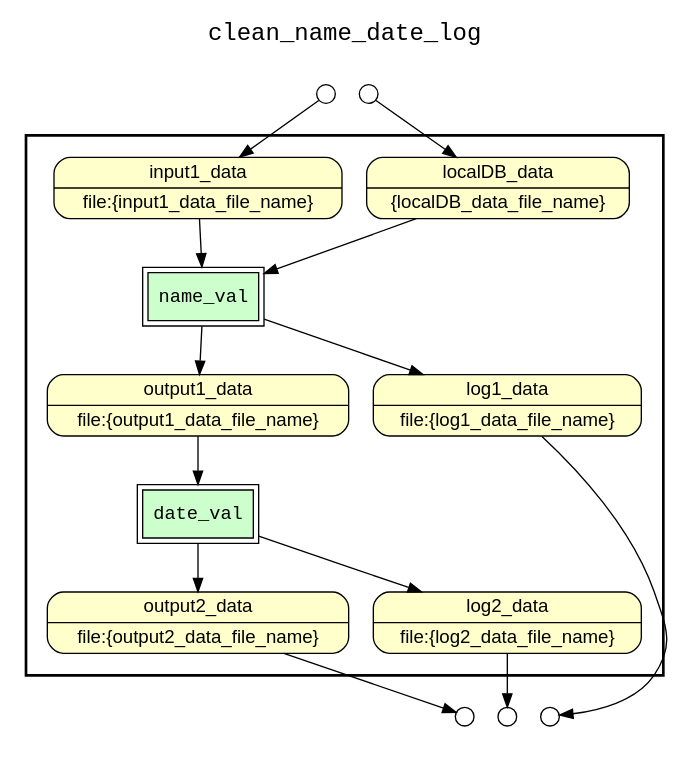
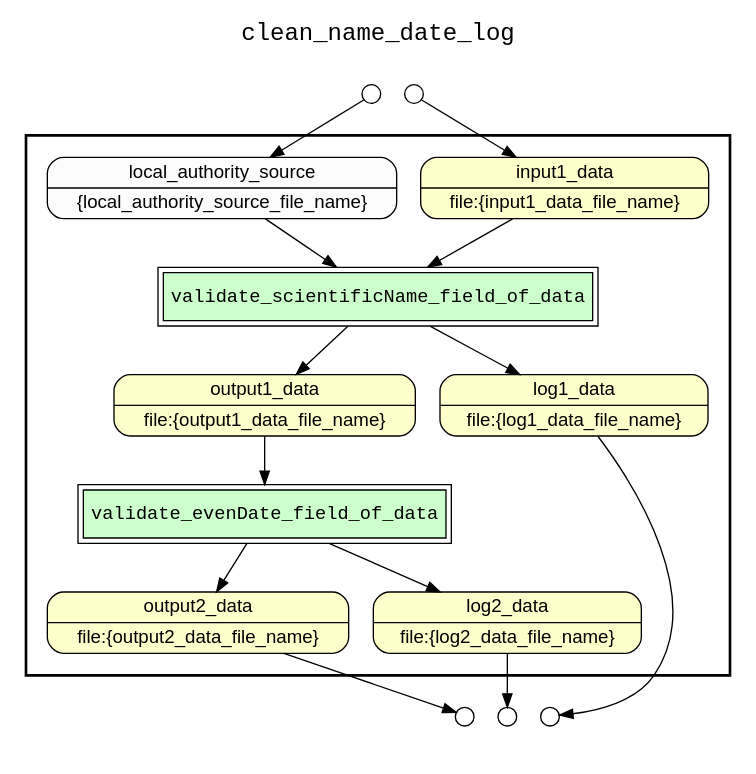
The diagram in yw/combined.gv (ludaesch/kurator-YW), drawn with Graphviz before and after one commit. The commit also changed 6 other files, not shown here.

```diff
--- a/yw/combined.gv
+++ b/yw/combined.gv
@@ -1,45 +1,93 @@
+
+/* Start of top-level graph */
 digraph Workflow {
 rankdir=TB
+
+/* Title for graph */
 fontname=Courier; fontsize=18; labelloc=t
 label=clean_name_date_log
+
+/* Start of double cluster for drawing box around nodes in workflow */
 subgraph cluster_workflow_box_outer { label=""; color=black; penwidth=2
 subgraph cluster_workflow_box_inner { label=""; color=white
+
+/* Style for nodes representing atomic programs in workflow */
 node[shape=box style=filled fillcolor="#CCFFCC" peripheries=1 fontname=Courier]
+
+/* Nodes representing atomic programs in workflow */
+
+/* Style for nodes representing composite programs (sub-workflows) in workflow */
 node[shape=box style=filled fillcolor="#CCFFCC" peripheries=2 fontname=Courier]
-name_val
-date_val
+
+/* Nodes representing composite programs (sub-workflows) in workflow */
+validate_scientificName_field_of_data
+validate_evenDate_field_of_data
+
+/* Style for nodes representing non-parameter data channels in workflow */
 node[shape=box style="rounded,filled" fillcolor="#FFFFCC" peripheries=1 fontname=Helvetica]
+
+/* Nodes for non-parameter data channels in workflow */
 log1_data [shape=record rankdir=LR label="{<f0> log1_data |<f1> file\:\{log1_data_file_name\}}"];
 output2_data [shape=record rankdir=LR label="{<f0> output2_data |<f1> file\:\{output2_data_file_name\}}"];
 log2_data [shape=record rankdir=LR label="{<f0> log2_data |<f1> file\:\{log2_data_file_name\}}"];
-localDB_data [shape=record rankdir=LR label="{<f0> localDB_data |<f1> \{localDB_data_file_name\}}"];
 input1_data [shape=record rankdir=LR label="{<f0> input1_data |<f1> file\:\{input1_data_file_name\}}"];
 output1_data [shape=record rankdir=LR label="{<f0> output1_data |<f1> file\:\{output1_data_file_name\}}"];
+
+/* Style for nodes representing parameter channels in workflow */
 node[shape=box style="rounded,filled" fillcolor="#FCFCFC" peripheries=1 fontname=Helvetica]
-name_val -> output1_data
-name_val -> log1_data
-localDB_data -> name_val
-input1_data -> name_val
-date_val -> output2_data
-date_val -> log2_data
-output1_data -> date_val
+
+/* Nodes representing parameter channels in workflow */
+local_authority_source [shape=record rankdir=LR label="{<f0> local_authority_source |<f1> \{local_authority_source_file_name\}}"];
+
+/* Edges representing connections between programs and channels */
+validate_scientificName_field_of_data -> output1_data
+validate_scientificName_field_of_data -> log1_data
+local_authority_source -> validate_scientificName_field_of_data
+input1_data -> validate_scientificName_field_of_data
+validate_evenDate_field_of_data -> output2_data
+validate_evenDate_field_of_data -> log2_data
+output1_data -> validate_evenDate_field_of_data
+
+/* End of double cluster for drawing box around nodes in workflow */
 }}
+
+/* Hidden double-cluster for grouping workflow input ports */
 subgraph cluster_input_ports_group_outer { label=""; color=white
 subgraph cluster_input_ports_group_inner { label=""; color=white
+
+/* Style for nodes representing workflow input ports */
 node[shape=circle style="rounded,filled" fillcolor="#FFFFFF" peripheries=1 fontname=Helvetica width=0.2]
+
+/* Nodes representing workflow input ports */
 input1_data_input_port [label=""]
-localDB_data_input_port [label=""]
+local_authority_source_input_port [label=""]
+
+/* End of double-cluster for grouping workflow input ports */
 }}
+
+/* Hidden double-cluster for grouping workflow output ports */
 subgraph cluster_output_ports_group_outer { label=""; color=white
 subgraph cluster_output_ports_group_inner { label=""; color=white
+
+/* Style for nodes representing workflow output ports */
 node[shape=circle style="rounded,filled" fillcolor="#FFFFFF" peripheries=1 fontname=Helvetica width=0.2]
+
+/* Nodes representing workflow output ports */
 log1_data_output_port [label=""]
 output2_data_output_port [label=""]
 log2_data_output_port [label=""]
+
+/* End of double-cluster for grouping workflow output ports */
 }}
+
+/* Edges from input ports to channels */
 input1_data_input_port -> input1_data
-localDB_data_input_port -> localDB_data
+local_authority_source_input_port -> local_authority_source
+
+/* Edges from channels to output ports */
 log1_data -> log1_data_output_port
 output2_data -> output2_data_output_port
 log2_data -> log2_data_output_port
+
+/* End of top-level graph */
 }
```
